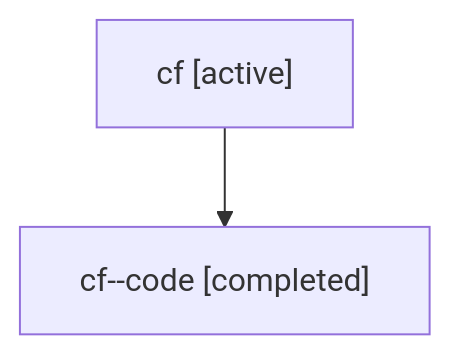
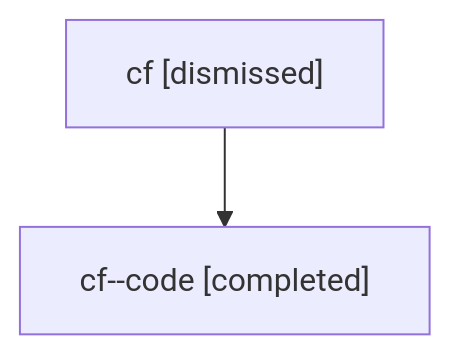
Before and after one commit to sase-org/sase--agents: the diagram in sessions/bbugyi200.athena.cf.md, drawn with Mermaid. The commit also changed other lines of this file and 320 other files, not shown here.

````diff
--- a/sessions/bbugyi200.athena.cf.md
+++ b/sessions/bbugyi200.athena.cf.md
@@ -9,6 +9,6 @@
 ```mermaid
 flowchart TD
-  n0["cf [active]"]
+  n0["cf [dismissed]"]
   n1["cf--code [completed]"]
   n0 --> n1
 ```
````
